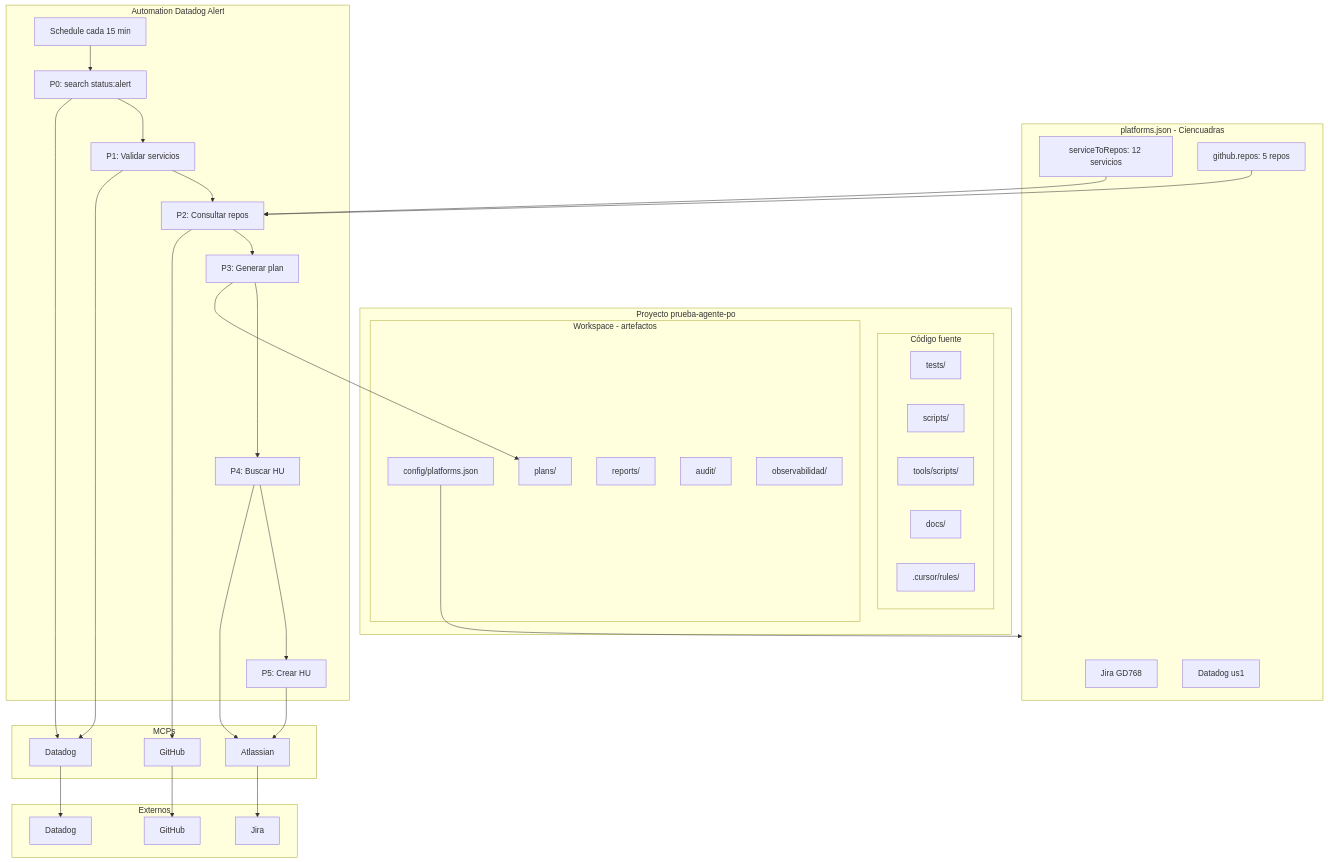
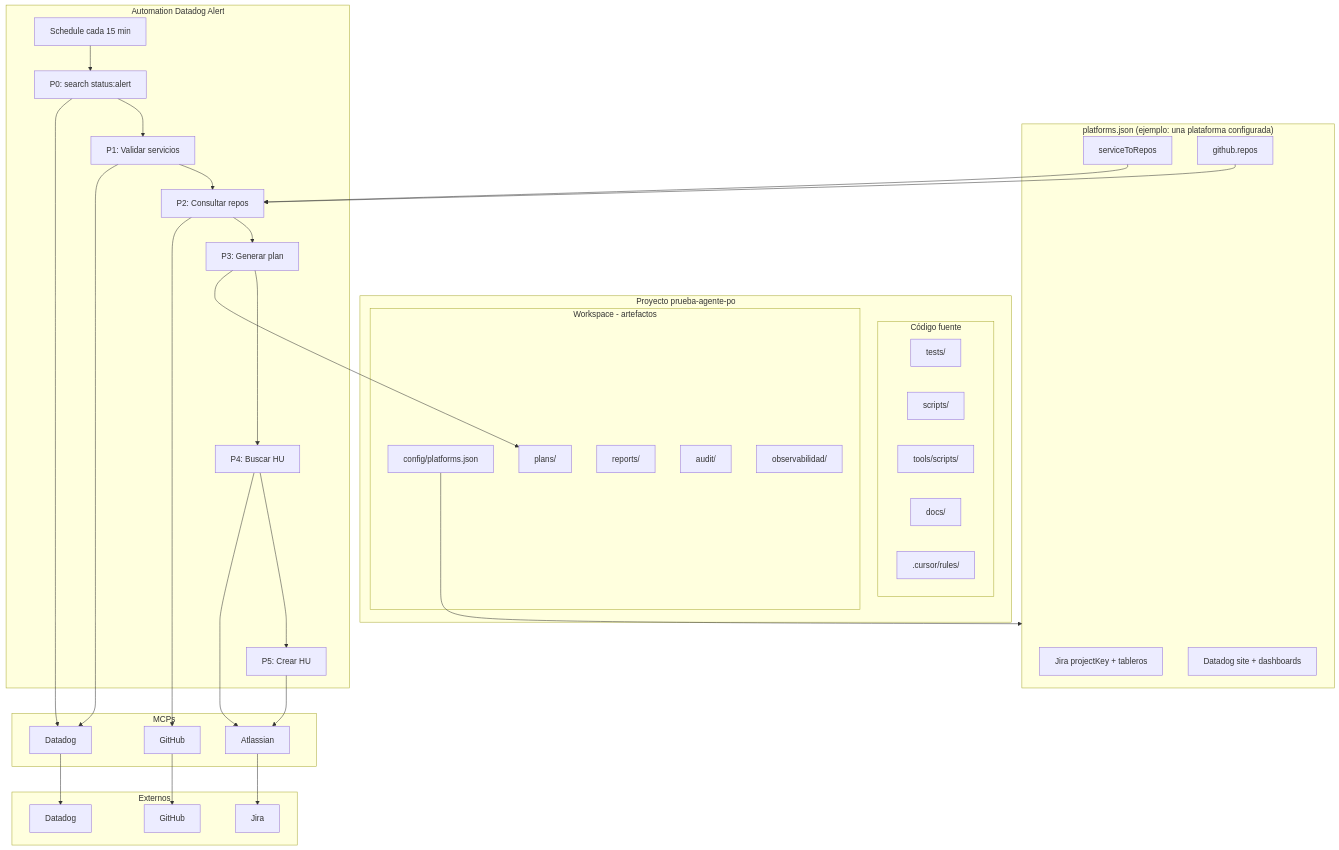
One commit to CARLOSPATINOVELEZ19/prueba-agente-po changed the diagram in docs/esquema-proyecto.md. Above: the diagram before and after it, drawn with Mermaid. The commit also changed other lines of this file and 52 other files, not shown here.

````diff
--- a/docs/esquema-proyecto.md
+++ b/docs/esquema-proyecto.md
@@ -9,72 +9,72 @@
 ```mermaid
 flowchart TB
     subgraph proyecto ["Proyecto prueba-agente-po"]
         subgraph codigo ["Código fuente"]
             tests[tests/]
             scripts[scripts/]
             tools[tools/scripts/]
             docs[docs/]
             cursorRules[.cursor/rules/]
         end
 
         subgraph workspace ["Workspace - artefactos"]
             platformsJson[config/platforms.json]
             plans[plans/]
             reports[reports/]
             audit[audit/]
             observabilidad[observabilidad/]
         end
     end
 
-    subgraph platformsConfig ["platforms.json - Ciencuadras"]
-        jiraConfig[Jira GD768]
-        datadogConfig[Datadog us1]
-        serviceToRepos[serviceToRepos: 12 servicios]
-        githubRepos[github.repos: 5 repos]
+    subgraph platformsConfig ["platforms.json (ejemplo: una plataforma configurada)"]
+        jiraConfig[Jira projectKey + tableros]
+        datadogConfig[Datadog site + dashboards]
+        serviceToRepos[serviceToRepos]
+        githubRepos[github.repos]
     end
 
     subgraph automation ["Automation Datadog Alert"]
         trigger[Schedule cada 15 min]
         p0[P0: search status:alert]
         p1[P1: Validar servicios]
         p2[P2: Consultar repos]
         p3[P3: Generar plan]
         p4[P4: Buscar HU]
         p5[P5: Crear HU]
     end
 
     subgraph mcps ["MCPs"]
         mcpDatadog[Datadog]
         mcpAtlassian[Atlassian]
         mcpGitHub[GitHub]
     end
 
     subgraph externos ["Externos"]
         datadog[Datadog]
         jira[Jira]
         github[GitHub]
     end
 
     platformsJson --> platformsConfig
     serviceToRepos --> p2
     githubRepos --> p2
 
     trigger --> p0
     p0 --> p1
     p1 --> p2
     p2 --> p3
     p3 --> p4
     p4 --> p5
 
     p0 --> mcpDatadog
     p1 --> mcpDatadog
     p2 --> mcpGitHub
     p4 --> mcpAtlassian
     p5 --> mcpAtlassian
 
     mcpDatadog --> datadog
     mcpAtlassian --> jira
     mcpGitHub --> github
 
     p3 --> plans
 ```
````
